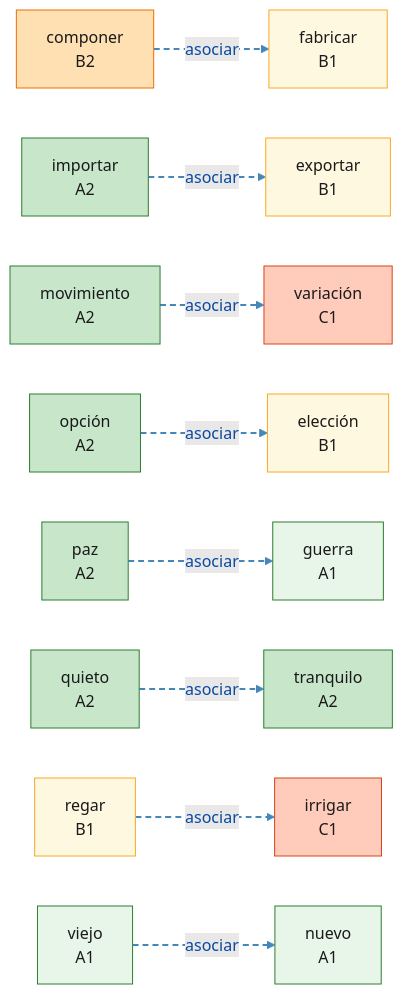
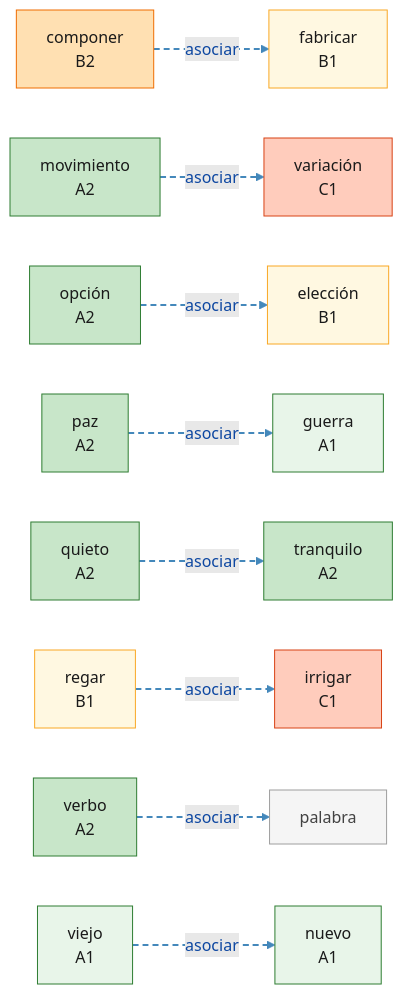
Before and after one commit to auding1900/es-raiz-vocab: the diagram in mindmaps/asociar_m-z-1-3.md, drawn with Mermaid (forest theme). The commit also changed other lines of this file and 31 other files, not shown here.

First line of the commit message:
feat(data): 新增 C8 词根导图：script,liter,verb,or,rhet,gram,dial,gloss

````diff
--- a/mindmaps/asociar_m-z-1-3.md
+++ b/mindmaps/asociar_m-z-1-3.md
@@ -8,59 +8,59 @@
 ```mermaid
 graph LR
   W_componer["componer<br/>B2"]:::lvlB2
   W_eleccion["elección<br/>B1"]:::lvlB1
-  W_exportar["exportar<br/>B1"]:::lvlB1
   W_fabricar["fabricar<br/>B1"]:::lvlB1
   W_guerra["guerra<br/>A1"]:::lvlA1
-  W_importar["importar<br/>A2"]:::lvlA2
   W_irrigar["irrigar<br/>C1"]:::lvlC1
   W_movimiento["movimiento<br/>A2"]:::lvlA2
   W_nuevo["nuevo<br/>A1"]:::lvlA1
   W_opcion["opción<br/>A2"]:::lvlA2
+  W_palabra["palabra"]:::lvlNA
   W_paz["paz<br/>A2"]:::lvlA2
   W_quieto["quieto<br/>A2"]:::lvlA2
   W_regar["regar<br/>B1"]:::lvlB1
   W_tranquilo["tranquilo<br/>A2"]:::lvlA2
   W_variacion["variación<br/>C1"]:::lvlC1
+  W_verbo["verbo<br/>A2"]:::lvlA2
   W_viejo["viejo<br/>A1"]:::lvlA1
   W_paz -.->|asociar| W_guerra
+  W_verbo -.->|asociar| W_palabra
   W_regar -.->|asociar| W_irrigar
   W_opcion -.->|asociar| W_eleccion
   W_viejo -.->|asociar| W_nuevo
   W_movimiento -.->|asociar| W_variacion
   W_quieto -.->|asociar| W_tranquilo
   W_componer -.->|asociar| W_fabricar
-  W_importar -.->|asociar| W_exportar
   linkStyle 0 stroke:#4488bb,stroke-width:2px,stroke-dasharray:6 4
   linkStyle 1 stroke:#4488bb,stroke-width:2px,stroke-dasharray:6 4
   linkStyle 2 stroke:#4488bb,stroke-width:2px,stroke-dasharray:6 4
   linkStyle 3 stroke:#4488bb,stroke-width:2px,stroke-dasharray:6 4
   linkStyle 4 stroke:#4488bb,stroke-width:2px,stroke-dasharray:6 4
   linkStyle 5 stroke:#4488bb,stroke-width:2px,stroke-dasharray:6 4
   linkStyle 6 stroke:#4488bb,stroke-width:2px,stroke-dasharray:6 4
   linkStyle 7 stroke:#4488bb,stroke-width:2px,stroke-dasharray:6 4
   classDef root fill:#bbdefb,stroke:#1565c0,stroke-width:2px,color:#0d47a1
   classDef lvlA1 fill:#e8f5e9,stroke:#2e7d32,color:#1a1a1a
   classDef lvlA2 fill:#c8e6c9,stroke:#2e7d32,color:#1a1a1a
   classDef lvlB1 fill:#fff8e1,stroke:#f9a825,color:#1a1a1a
   classDef lvlB2 fill:#ffe0b2,stroke:#ef6c00,color:#1a1a1a
   classDef lvlC1 fill:#ffccbc,stroke:#d84315,color:#1a1a1a
   classDef lvlC2 fill:#ffcdd2,stroke:#b71c1c,color:#1a1a1a
   classDef lvlNA fill:#f5f5f5,stroke:#9e9e9e,color:#424242
   click W_componer "https://www.doubao.com/chat?q=%E8%A5%BF%E7%8F%AD%E7%89%99%E8%AF%ADcomponer%EF%BC%8C%E8%AF%8D%E6%A0%B9pon%EF%BC%8C%E8%A7%A3%E9%87%8A%E8%AF%8D%E4%B9%89%E3%80%81DELE%E7%AD%89%E7%BA%A7%E3%80%81%E8%AF%AD%E4%BD%93%E3%80%81%E5%B8%B8%E7%94%A8%E6%90%AD%E9%85%8D%E3%80%81%E8%BF%91%E4%B9%89%E8%AF%8D%E8%BE%A8%E6%9E%90%EF%BC%8C%E5%B9%B6%E4%B8%94%E7%BB%992%E6%9D%A1%E6%9D%A5%E8%87%AA%E5%85%AC%E7%89%88%E8%A5%BF%E8%AF%AD%E6%96%87%E6%9C%AC%EF%BC%88Wikisource%2F%E5%8F%A4%E7%99%BB%E5%A0%A1%EF%BC%89%E7%9A%84%E8%87%AA%E7%84%B6%E4%BE%8B%E5%8F%A5%EF%BC%8C%E4%BE%8B%E5%8F%A5%E4%BC%98%E5%85%88%E9%80%89%E7%94%A8%E7%8E%B0%E4%BB%A3%E6%A0%87%E5%87%86%E8%A5%BF%E7%8F%AD%E7%89%99%E8%AF%AD%EF%BC%8C%E5%8F%A4%E4%BD%93%E4%BE%8B%E5%8F%A5%E6%A0%87%E6%B3%A8%E3%80%90arca%C3%ADsmo%E3%80%91" "豆包查询：componer" _blank
   click W_eleccion "https://www.doubao.com/chat?q=%E8%A5%BF%E7%8F%AD%E7%89%99%E8%AF%ADelecci%C3%B3n%EF%BC%8C%E8%AF%8D%E6%A0%B9leg%EF%BC%8C%E8%A7%A3%E9%87%8A%E8%AF%8D%E4%B9%89%E3%80%81DELE%E7%AD%89%E7%BA%A7%E3%80%81%E8%AF%AD%E4%BD%93%E3%80%81%E5%B8%B8%E7%94%A8%E6%90%AD%E9%85%8D%E3%80%81%E8%BF%91%E4%B9%89%E8%AF%8D%E8%BE%A8%E6%9E%90%EF%BC%8C%E5%B9%B6%E4%B8%94%E7%BB%992%E6%9D%A1%E6%9D%A5%E8%87%AA%E5%85%AC%E7%89%88%E8%A5%BF%E8%AF%AD%E6%96%87%E6%9C%AC%EF%BC%88Wikisource%2F%E5%8F%A4%E7%99%BB%E5%A0%A1%EF%BC%89%E7%9A%84%E8%87%AA%E7%84%B6%E4%BE%8B%E5%8F%A5%EF%BC%8C%E4%BE%8B%E5%8F%A5%E4%BC%98%E5%85%88%E9%80%89%E7%94%A8%E7%8E%B0%E4%BB%A3%E6%A0%87%E5%87%86%E8%A5%BF%E7%8F%AD%E7%89%99%E8%AF%AD%EF%BC%8C%E5%8F%A4%E4%BD%93%E4%BE%8B%E5%8F%A5%E6%A0%87%E6%B3%A8%E3%80%90arca%C3%ADsmo%E3%80%91" "豆包查询：elección" _blank
-  click W_exportar "https://www.doubao.com/chat?q=%E8%A5%BF%E7%8F%AD%E7%89%99%E8%AF%ADexportar%EF%BC%8C%E8%AF%8D%E6%A0%B9port%EF%BC%8C%E8%A7%A3%E9%87%8A%E8%AF%8D%E4%B9%89%E3%80%81DELE%E7%AD%89%E7%BA%A7%E3%80%81%E8%AF%AD%E4%BD%93%E3%80%81%E5%B8%B8%E7%94%A8%E6%90%AD%E9%85%8D%E3%80%81%E8%BF%91%E4%B9%89%E8%AF%8D%E8%BE%A8%E6%9E%90%EF%BC%8C%E5%B9%B6%E4%B8%94%E7%BB%992%E6%9D%A1%E6%9D%A5%E8%87%AA%E5%85%AC%E7%89%88%E8%A5%BF%E8%AF%AD%E6%96%87%E6%9C%AC%EF%BC%88Wikisource%2F%E5%8F%A4%E7%99%BB%E5%A0%A1%EF%BC%89%E7%9A%84%E8%87%AA%E7%84%B6%E4%BE%8B%E5%8F%A5%EF%BC%8C%E4%BE%8B%E5%8F%A5%E4%BC%98%E5%85%88%E9%80%89%E7%94%A8%E7%8E%B0%E4%BB%A3%E6%A0%87%E5%87%86%E8%A5%BF%E7%8F%AD%E7%89%99%E8%AF%AD%EF%BC%8C%E5%8F%A4%E4%BD%93%E4%BE%8B%E5%8F%A5%E6%A0%87%E6%B3%A8%E3%80%90arca%C3%ADsmo%E3%80%91" "豆包查询：exportar" _blank
   click W_fabricar "https://www.doubao.com/chat?q=%E8%A5%BF%E7%8F%AD%E7%89%99%E8%AF%ADfabricar%EF%BC%8C%E8%AF%8D%E6%A0%B9fac%EF%BC%8C%E8%A7%A3%E9%87%8A%E8%AF%8D%E4%B9%89%E3%80%81DELE%E7%AD%89%E7%BA%A7%E3%80%81%E8%AF%AD%E4%BD%93%E3%80%81%E5%B8%B8%E7%94%A8%E6%90%AD%E9%85%8D%E3%80%81%E8%BF%91%E4%B9%89%E8%AF%8D%E8%BE%A8%E6%9E%90%EF%BC%8C%E5%B9%B6%E4%B8%94%E7%BB%992%E6%9D%A1%E6%9D%A5%E8%87%AA%E5%85%AC%E7%89%88%E8%A5%BF%E8%AF%AD%E6%96%87%E6%9C%AC%EF%BC%88Wikisource%2F%E5%8F%A4%E7%99%BB%E5%A0%A1%EF%BC%89%E7%9A%84%E8%87%AA%E7%84%B6%E4%BE%8B%E5%8F%A5%EF%BC%8C%E4%BE%8B%E5%8F%A5%E4%BC%98%E5%85%88%E9%80%89%E7%94%A8%E7%8E%B0%E4%BB%A3%E6%A0%87%E5%87%86%E8%A5%BF%E7%8F%AD%E7%89%99%E8%AF%AD%EF%BC%8C%E5%8F%A4%E4%BD%93%E4%BE%8B%E5%8F%A5%E6%A0%87%E6%B3%A8%E3%80%90arca%C3%ADsmo%E3%80%91" "豆包查询：fabricar" _blank
   click W_guerra "https://www.doubao.com/chat?q=%E8%A5%BF%E7%8F%AD%E7%89%99%E8%AF%ADguerra%EF%BC%8C%E8%AF%8D%E6%A0%B9bell%EF%BC%8C%E8%A7%A3%E9%87%8A%E8%AF%8D%E4%B9%89%E3%80%81DELE%E7%AD%89%E7%BA%A7%E3%80%81%E8%AF%AD%E4%BD%93%E3%80%81%E5%B8%B8%E7%94%A8%E6%90%AD%E9%85%8D%E3%80%81%E8%BF%91%E4%B9%89%E8%AF%8D%E8%BE%A8%E6%9E%90%EF%BC%8C%E5%B9%B6%E4%B8%94%E7%BB%992%E6%9D%A1%E6%9D%A5%E8%87%AA%E5%85%AC%E7%89%88%E8%A5%BF%E8%AF%AD%E6%96%87%E6%9C%AC%EF%BC%88Wikisource%2F%E5%8F%A4%E7%99%BB%E5%A0%A1%EF%BC%89%E7%9A%84%E8%87%AA%E7%84%B6%E4%BE%8B%E5%8F%A5%EF%BC%8C%E4%BE%8B%E5%8F%A5%E4%BC%98%E5%85%88%E9%80%89%E7%94%A8%E7%8E%B0%E4%BB%A3%E6%A0%87%E5%87%86%E8%A5%BF%E7%8F%AD%E7%89%99%E8%AF%AD%EF%BC%8C%E5%8F%A4%E4%BD%93%E4%BE%8B%E5%8F%A5%E6%A0%87%E6%B3%A8%E3%80%90arca%C3%ADsmo%E3%80%91" "豆包查询：guerra" _blank
-  click W_importar "https://www.doubao.com/chat?q=%E8%A5%BF%E7%8F%AD%E7%89%99%E8%AF%ADimportar%EF%BC%8C%E8%AF%8D%E6%A0%B9port%EF%BC%8C%E8%A7%A3%E9%87%8A%E8%AF%8D%E4%B9%89%E3%80%81DELE%E7%AD%89%E7%BA%A7%E3%80%81%E8%AF%AD%E4%BD%93%E3%80%81%E5%B8%B8%E7%94%A8%E6%90%AD%E9%85%8D%E3%80%81%E8%BF%91%E4%B9%89%E8%AF%8D%E8%BE%A8%E6%9E%90%EF%BC%8C%E5%B9%B6%E4%B8%94%E7%BB%992%E6%9D%A1%E6%9D%A5%E8%87%AA%E5%85%AC%E7%89%88%E8%A5%BF%E8%AF%AD%E6%96%87%E6%9C%AC%EF%BC%88Wikisource%2F%E5%8F%A4%E7%99%BB%E5%A0%A1%EF%BC%89%E7%9A%84%E8%87%AA%E7%84%B6%E4%BE%8B%E5%8F%A5%EF%BC%8C%E4%BE%8B%E5%8F%A5%E4%BC%98%E5%85%88%E9%80%89%E7%94%A8%E7%8E%B0%E4%BB%A3%E6%A0%87%E5%87%86%E8%A5%BF%E7%8F%AD%E7%89%99%E8%AF%AD%EF%BC%8C%E5%8F%A4%E4%BD%93%E4%BE%8B%E5%8F%A5%E6%A0%87%E6%B3%A8%E3%80%90arca%C3%ADsmo%E3%80%91" "豆包查询：importar" _blank
   click W_irrigar "https://www.doubao.com/chat?q=%E8%A5%BF%E7%8F%AD%E7%89%99%E8%AF%ADirrigar%EF%BC%8C%E8%AF%8D%E6%A0%B9irrig%EF%BC%8C%E8%A7%A3%E9%87%8A%E8%AF%8D%E4%B9%89%E3%80%81DELE%E7%AD%89%E7%BA%A7%E3%80%81%E8%AF%AD%E4%BD%93%E3%80%81%E5%B8%B8%E7%94%A8%E6%90%AD%E9%85%8D%E3%80%81%E8%BF%91%E4%B9%89%E8%AF%8D%E8%BE%A8%E6%9E%90%EF%BC%8C%E5%B9%B6%E4%B8%94%E7%BB%992%E6%9D%A1%E6%9D%A5%E8%87%AA%E5%85%AC%E7%89%88%E8%A5%BF%E8%AF%AD%E6%96%87%E6%9C%AC%EF%BC%88Wikisource%2F%E5%8F%A4%E7%99%BB%E5%A0%A1%EF%BC%89%E7%9A%84%E8%87%AA%E7%84%B6%E4%BE%8B%E5%8F%A5%EF%BC%8C%E4%BE%8B%E5%8F%A5%E4%BC%98%E5%85%88%E9%80%89%E7%94%A8%E7%8E%B0%E4%BB%A3%E6%A0%87%E5%87%86%E8%A5%BF%E7%8F%AD%E7%89%99%E8%AF%AD%EF%BC%8C%E5%8F%A4%E4%BD%93%E4%BE%8B%E5%8F%A5%E6%A0%87%E6%B3%A8%E3%80%90arca%C3%ADsmo%E3%80%91" "豆包查询：irrigar" _blank
   click W_movimiento "https://www.doubao.com/chat?q=%E8%A5%BF%E7%8F%AD%E7%89%99%E8%AF%ADmovimiento%EF%BC%8C%E8%AF%8D%E6%A0%B9mov%EF%BC%8C%E8%A7%A3%E9%87%8A%E8%AF%8D%E4%B9%89%E3%80%81DELE%E7%AD%89%E7%BA%A7%E3%80%81%E8%AF%AD%E4%BD%93%E3%80%81%E5%B8%B8%E7%94%A8%E6%90%AD%E9%85%8D%E3%80%81%E8%BF%91%E4%B9%89%E8%AF%8D%E8%BE%A8%E6%9E%90%EF%BC%8C%E5%B9%B6%E4%B8%94%E7%BB%992%E6%9D%A1%E6%9D%A5%E8%87%AA%E5%85%AC%E7%89%88%E8%A5%BF%E8%AF%AD%E6%96%87%E6%9C%AC%EF%BC%88Wikisource%2F%E5%8F%A4%E7%99%BB%E5%A0%A1%EF%BC%89%E7%9A%84%E8%87%AA%E7%84%B6%E4%BE%8B%E5%8F%A5%EF%BC%8C%E4%BE%8B%E5%8F%A5%E4%BC%98%E5%85%88%E9%80%89%E7%94%A8%E7%8E%B0%E4%BB%A3%E6%A0%87%E5%87%86%E8%A5%BF%E7%8F%AD%E7%89%99%E8%AF%AD%EF%BC%8C%E5%8F%A4%E4%BD%93%E4%BE%8B%E5%8F%A5%E6%A0%87%E6%B3%A8%E3%80%90arca%C3%ADsmo%E3%80%91" "豆包查询：movimiento" _blank
   click W_nuevo "https://www.doubao.com/chat?q=%E8%A5%BF%E7%8F%AD%E7%89%99%E8%AF%ADnuevo%EF%BC%8C%E8%AF%8D%E6%A0%B9nov%EF%BC%8C%E8%A7%A3%E9%87%8A%E8%AF%8D%E4%B9%89%E3%80%81DELE%E7%AD%89%E7%BA%A7%E3%80%81%E8%AF%AD%E4%BD%93%E3%80%81%E5%B8%B8%E7%94%A8%E6%90%AD%E9%85%8D%E3%80%81%E8%BF%91%E4%B9%89%E8%AF%8D%E8%BE%A8%E6%9E%90%EF%BC%8C%E5%B9%B6%E4%B8%94%E7%BB%992%E6%9D%A1%E6%9D%A5%E8%87%AA%E5%85%AC%E7%89%88%E8%A5%BF%E8%AF%AD%E6%96%87%E6%9C%AC%EF%BC%88Wikisource%2F%E5%8F%A4%E7%99%BB%E5%A0%A1%EF%BC%89%E7%9A%84%E8%87%AA%E7%84%B6%E4%BE%8B%E5%8F%A5%EF%BC%8C%E4%BE%8B%E5%8F%A5%E4%BC%98%E5%85%88%E9%80%89%E7%94%A8%E7%8E%B0%E4%BB%A3%E6%A0%87%E5%87%86%E8%A5%BF%E7%8F%AD%E7%89%99%E8%AF%AD%EF%BC%8C%E5%8F%A4%E4%BD%93%E4%BE%8B%E5%8F%A5%E6%A0%87%E6%B3%A8%E3%80%90arca%C3%ADsmo%E3%80%91" "豆包查询：nuevo" _blank
   click W_opcion "https://www.doubao.com/chat?q=%E8%A5%BF%E7%8F%AD%E7%89%99%E8%AF%ADopci%C3%B3n%EF%BC%8C%E8%AF%8D%E6%A0%B9opt%EF%BC%8C%E8%A7%A3%E9%87%8A%E8%AF%8D%E4%B9%89%E3%80%81DELE%E7%AD%89%E7%BA%A7%E3%80%81%E8%AF%AD%E4%BD%93%E3%80%81%E5%B8%B8%E7%94%A8%E6%90%AD%E9%85%8D%E3%80%81%E8%BF%91%E4%B9%89%E8%AF%8D%E8%BE%A8%E6%9E%90%EF%BC%8C%E5%B9%B6%E4%B8%94%E7%BB%992%E6%9D%A1%E6%9D%A5%E8%87%AA%E5%85%AC%E7%89%88%E8%A5%BF%E8%AF%AD%E6%96%87%E6%9C%AC%EF%BC%88Wikisource%2F%E5%8F%A4%E7%99%BB%E5%A0%A1%EF%BC%89%E7%9A%84%E8%87%AA%E7%84%B6%E4%BE%8B%E5%8F%A5%EF%BC%8C%E4%BE%8B%E5%8F%A5%E4%BC%98%E5%85%88%E9%80%89%E7%94%A8%E7%8E%B0%E4%BB%A3%E6%A0%87%E5%87%86%E8%A5%BF%E7%8F%AD%E7%89%99%E8%AF%AD%EF%BC%8C%E5%8F%A4%E4%BD%93%E4%BE%8B%E5%8F%A5%E6%A0%87%E6%B3%A8%E3%80%90arca%C3%ADsmo%E3%80%91" "豆包查询：opción" _blank
+  click W_palabra "https://www.doubao.com/chat?q=%E8%A5%BF%E7%8F%AD%E7%89%99%E8%AF%ADpalabra%EF%BC%8C%E8%A7%A3%E9%87%8A%E8%AF%8D%E4%B9%89%E3%80%81DELE%E7%AD%89%E7%BA%A7%E3%80%81%E8%AF%AD%E4%BD%93%E3%80%81%E5%B8%B8%E7%94%A8%E6%90%AD%E9%85%8D%E3%80%81%E8%BF%91%E4%B9%89%E8%AF%8D%E8%BE%A8%E6%9E%90%EF%BC%8C%E5%B9%B6%E4%B8%94%E7%BB%992%E6%9D%A1%E6%9D%A5%E8%87%AA%E5%85%AC%E7%89%88%E8%A5%BF%E8%AF%AD%E6%96%87%E6%9C%AC%EF%BC%88Wikisource%2F%E5%8F%A4%E7%99%BB%E5%A0%A1%EF%BC%89%E7%9A%84%E8%87%AA%E7%84%B6%E4%BE%8B%E5%8F%A5%EF%BC%8C%E4%BE%8B%E5%8F%A5%E4%BC%98%E5%85%88%E9%80%89%E7%94%A8%E7%8E%B0%E4%BB%A3%E6%A0%87%E5%87%86%E8%A5%BF%E7%8F%AD%E7%89%99%E8%AF%AD%EF%BC%8C%E5%8F%A4%E4%BD%93%E4%BE%8B%E5%8F%A5%E6%A0%87%E6%B3%A8%E3%80%90arca%C3%ADsmo%E3%80%91" "豆包查询：palabra" _blank
   click W_paz "https://www.doubao.com/chat?q=%E8%A5%BF%E7%8F%AD%E7%89%99%E8%AF%ADpaz%EF%BC%8C%E8%AF%8D%E6%A0%B9pac%EF%BC%8C%E8%A7%A3%E9%87%8A%E8%AF%8D%E4%B9%89%E3%80%81DELE%E7%AD%89%E7%BA%A7%E3%80%81%E8%AF%AD%E4%BD%93%E3%80%81%E5%B8%B8%E7%94%A8%E6%90%AD%E9%85%8D%E3%80%81%E8%BF%91%E4%B9%89%E8%AF%8D%E8%BE%A8%E6%9E%90%EF%BC%8C%E5%B9%B6%E4%B8%94%E7%BB%992%E6%9D%A1%E6%9D%A5%E8%87%AA%E5%85%AC%E7%89%88%E8%A5%BF%E8%AF%AD%E6%96%87%E6%9C%AC%EF%BC%88Wikisource%2F%E5%8F%A4%E7%99%BB%E5%A0%A1%EF%BC%89%E7%9A%84%E8%87%AA%E7%84%B6%E4%BE%8B%E5%8F%A5%EF%BC%8C%E4%BE%8B%E5%8F%A5%E4%BC%98%E5%85%88%E9%80%89%E7%94%A8%E7%8E%B0%E4%BB%A3%E6%A0%87%E5%87%86%E8%A5%BF%E7%8F%AD%E7%89%99%E8%AF%AD%EF%BC%8C%E5%8F%A4%E4%BD%93%E4%BE%8B%E5%8F%A5%E6%A0%87%E6%B3%A8%E3%80%90arca%C3%ADsmo%E3%80%91" "豆包查询：paz" _blank
   click W_quieto "https://www.doubao.com/chat?q=%E8%A5%BF%E7%8F%AD%E7%89%99%E8%AF%ADquieto%EF%BC%8C%E8%AF%8D%E6%A0%B9quies%EF%BC%8C%E8%A7%A3%E9%87%8A%E8%AF%8D%E4%B9%89%E3%80%81DELE%E7%AD%89%E7%BA%A7%E3%80%81%E8%AF%AD%E4%BD%93%E3%80%81%E5%B8%B8%E7%94%A8%E6%90%AD%E9%85%8D%E3%80%81%E8%BF%91%E4%B9%89%E8%AF%8D%E8%BE%A8%E6%9E%90%EF%BC%8C%E5%B9%B6%E4%B8%94%E7%BB%992%E6%9D%A1%E6%9D%A5%E8%87%AA%E5%85%AC%E7%89%88%E8%A5%BF%E8%AF%AD%E6%96%87%E6%9C%AC%EF%BC%88Wikisource%2F%E5%8F%A4%E7%99%BB%E5%A0%A1%EF%BC%89%E7%9A%84%E8%87%AA%E7%84%B6%E4%BE%8B%E5%8F%A5%EF%BC%8C%E4%BE%8B%E5%8F%A5%E4%BC%98%E5%85%88%E9%80%89%E7%94%A8%E7%8E%B0%E4%BB%A3%E6%A0%87%E5%87%86%E8%A5%BF%E7%8F%AD%E7%89%99%E8%AF%AD%EF%BC%8C%E5%8F%A4%E4%BD%93%E4%BE%8B%E5%8F%A5%E6%A0%87%E6%B3%A8%E3%80%90arca%C3%ADsmo%E3%80%91" "豆包查询：quieto" _blank
   click W_regar "https://www.doubao.com/chat?q=%E8%A5%BF%E7%8F%AD%E7%89%99%E8%AF%ADregar%EF%BC%8C%E8%AF%8D%E6%A0%B9rig%EF%BC%8C%E8%A7%A3%E9%87%8A%E8%AF%8D%E4%B9%89%E3%80%81DELE%E7%AD%89%E7%BA%A7%E3%80%81%E8%AF%AD%E4%BD%93%E3%80%81%E5%B8%B8%E7%94%A8%E6%90%AD%E9%85%8D%E3%80%81%E8%BF%91%E4%B9%89%E8%AF%8D%E8%BE%A8%E6%9E%90%EF%BC%8C%E5%B9%B6%E4%B8%94%E7%BB%992%E6%9D%A1%E6%9D%A5%E8%87%AA%E5%85%AC%E7%89%88%E8%A5%BF%E8%AF%AD%E6%96%87%E6%9C%AC%EF%BC%88Wikisource%2F%E5%8F%A4%E7%99%BB%E5%A0%A1%EF%BC%89%E7%9A%84%E8%87%AA%E7%84%B6%E4%BE%8B%E5%8F%A5%EF%BC%8C%E4%BE%8B%E5%8F%A5%E4%BC%98%E5%85%88%E9%80%89%E7%94%A8%E7%8E%B0%E4%BB%A3%E6%A0%87%E5%87%86%E8%A5%BF%E7%8F%AD%E7%89%99%E8%AF%AD%EF%BC%8C%E5%8F%A4%E4%BD%93%E4%BE%8B%E5%8F%A5%E6%A0%87%E6%B3%A8%E3%80%90arca%C3%ADsmo%E3%80%91" "豆包查询：regar" _blank
   click W_tranquilo "https://www.doubao.com/chat?q=%E8%A5%BF%E7%8F%AD%E7%89%99%E8%AF%ADtranquilo%EF%BC%8C%E8%AF%8D%E6%A0%B9tranqu%EF%BC%8C%E8%A7%A3%E9%87%8A%E8%AF%8D%E4%B9%89%E3%80%81DELE%E7%AD%89%E7%BA%A7%E3%80%81%E8%AF%AD%E4%BD%93%E3%80%81%E5%B8%B8%E7%94%A8%E6%90%AD%E9%85%8D%E3%80%81%E8%BF%91%E4%B9%89%E8%AF%8D%E8%BE%A8%E6%9E%90%EF%BC%8C%E5%B9%B6%E4%B8%94%E7%BB%992%E6%9D%A1%E6%9D%A5%E8%87%AA%E5%85%AC%E7%89%88%E8%A5%BF%E8%AF%AD%E6%96%87%E6%9C%AC%EF%BC%88Wikisource%2F%E5%8F%A4%E7%99%BB%E5%A0%A1%EF%BC%89%E7%9A%84%E8%87%AA%E7%84%B6%E4%BE%8B%E5%8F%A5%EF%BC%8C%E4%BE%8B%E5%8F%A5%E4%BC%98%E5%85%88%E9%80%89%E7%94%A8%E7%8E%B0%E4%BB%A3%E6%A0%87%E5%87%86%E8%A5%BF%E7%8F%AD%E7%89%99%E8%AF%AD%EF%BC%8C%E5%8F%A4%E4%BD%93%E4%BE%8B%E5%8F%A5%E6%A0%87%E6%B3%A8%E3%80%90arca%C3%ADsmo%E3%80%91" "豆包查询：tranquilo" _blank
   click W_variacion "https://www.doubao.com/chat?q=%E8%A5%BF%E7%8F%AD%E7%89%99%E8%AF%ADvariaci%C3%B3n%EF%BC%8C%E8%AF%8D%E6%A0%B9vari%EF%BC%8C%E8%A7%A3%E9%87%8A%E8%AF%8D%E4%B9%89%E3%80%81DELE%E7%AD%89%E7%BA%A7%E3%80%81%E8%AF%AD%E4%BD%93%E3%80%81%E5%B8%B8%E7%94%A8%E6%90%AD%E9%85%8D%E3%80%81%E8%BF%91%E4%B9%89%E8%AF%8D%E8%BE%A8%E6%9E%90%EF%BC%8C%E5%B9%B6%E4%B8%94%E7%BB%992%E6%9D%A1%E6%9D%A5%E8%87%AA%E5%85%AC%E7%89%88%E8%A5%BF%E8%AF%AD%E6%96%87%E6%9C%AC%EF%BC%88Wikisource%2F%E5%8F%A4%E7%99%BB%E5%A0%A1%EF%BC%89%E7%9A%84%E8%87%AA%E7%84%B6%E4%BE%8B%E5%8F%A5%EF%BC%8C%E4%BE%8B%E5%8F%A5%E4%BC%98%E5%85%88%E9%80%89%E7%94%A8%E7%8E%B0%E4%BB%A3%E6%A0%87%E5%87%86%E8%A5%BF%E7%8F%AD%E7%89%99%E8%AF%AD%EF%BC%8C%E5%8F%A4%E4%BD%93%E4%BE%8B%E5%8F%A5%E6%A0%87%E6%B3%A8%E3%80%90arca%C3%ADsmo%E3%80%91" "豆包查询：variación" _blank
+  click W_verbo "https://www.doubao.com/chat?q=%E8%A5%BF%E7%8F%AD%E7%89%99%E8%AF%ADverbo%EF%BC%8C%E8%AF%8D%E6%A0%B9verb%EF%BC%8C%E8%A7%A3%E9%87%8A%E8%AF%8D%E4%B9%89%E3%80%81DELE%E7%AD%89%E7%BA%A7%E3%80%81%E8%AF%AD%E4%BD%93%E3%80%81%E5%B8%B8%E7%94%A8%E6%90%AD%E9%85%8D%E3%80%81%E8%BF%91%E4%B9%89%E8%AF%8D%E8%BE%A8%E6%9E%90%EF%BC%8C%E5%B9%B6%E4%B8%94%E7%BB%992%E6%9D%A1%E6%9D%A5%E8%87%AA%E5%85%AC%E7%89%88%E8%A5%BF%E8%AF%AD%E6%96%87%E6%9C%AC%EF%BC%88Wikisource%2F%E5%8F%A4%E7%99%BB%E5%A0%A1%EF%BC%89%E7%9A%84%E8%87%AA%E7%84%B6%E4%BE%8B%E5%8F%A5%EF%BC%8C%E4%BE%8B%E5%8F%A5%E4%BC%98%E5%85%88%E9%80%89%E7%94%A8%E7%8E%B0%E4%BB%A3%E6%A0%87%E5%87%86%E8%A5%BF%E7%8F%AD%E7%89%99%E8%AF%AD%EF%BC%8C%E5%8F%A4%E4%BD%93%E4%BE%8B%E5%8F%A5%E6%A0%87%E6%B3%A8%E3%80%90arca%C3%ADsmo%E3%80%91" "豆包查询：verbo" _blank
   click W_viejo "https://www.doubao.com/chat?q=%E8%A5%BF%E7%8F%AD%E7%89%99%E8%AF%ADviejo%EF%BC%8C%E8%AF%8D%E6%A0%B9vet%EF%BC%8C%E8%A7%A3%E9%87%8A%E8%AF%8D%E4%B9%89%E3%80%81DELE%E7%AD%89%E7%BA%A7%E3%80%81%E8%AF%AD%E4%BD%93%E3%80%81%E5%B8%B8%E7%94%A8%E6%90%AD%E9%85%8D%E3%80%81%E8%BF%91%E4%B9%89%E8%AF%8D%E8%BE%A8%E6%9E%90%EF%BC%8C%E5%B9%B6%E4%B8%94%E7%BB%992%E6%9D%A1%E6%9D%A5%E8%87%AA%E5%85%AC%E7%89%88%E8%A5%BF%E8%AF%AD%E6%96%87%E6%9C%AC%EF%BC%88Wikisource%2F%E5%8F%A4%E7%99%BB%E5%A0%A1%EF%BC%89%E7%9A%84%E8%87%AA%E7%84%B6%E4%BE%8B%E5%8F%A5%EF%BC%8C%E4%BE%8B%E5%8F%A5%E4%BC%98%E5%85%88%E9%80%89%E7%94%A8%E7%8E%B0%E4%BB%A3%E6%A0%87%E5%87%86%E8%A5%BF%E7%8F%AD%E7%89%99%E8%AF%AD%EF%BC%8C%E5%8F%A4%E4%BD%93%E4%BE%8B%E5%8F%A5%E6%A0%87%E6%B3%A8%E3%80%90arca%C3%ADsmo%E3%80%91" "豆包查询：viejo" _blank
 ```
````
